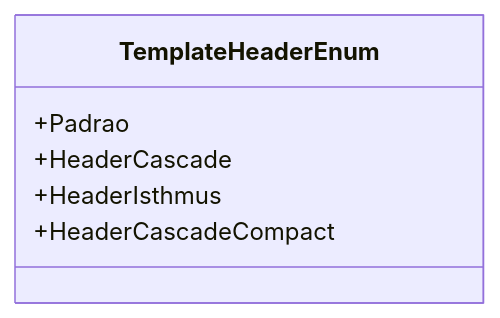
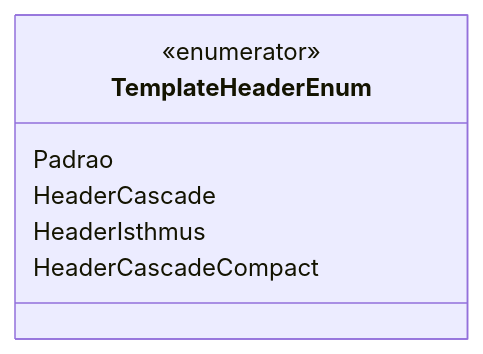
Before and after one commit to IsthmusSistemas/documentacao-tecnica: the diagram in docs/b2b-dominio/IsthmusWinthor.Nucleo/IsthmusWinthor.Dominio/Enumeradores/TemplateHeaderEnum.md, drawn with Mermaid. The commit also changed other lines of this file and 882 other files, not shown here.

````diff
--- a/docs/b2b-dominio/IsthmusWinthor.Nucleo/IsthmusWinthor.Dominio/Enumeradores/TemplateHeaderEnum.md
+++ b/docs/b2b-dominio/IsthmusWinthor.Nucleo/IsthmusWinthor.Dominio/Enumeradores/TemplateHeaderEnum.md
@@ -15,9 +11,10 @@
 ```mermaid
 classDiagram
     class TemplateHeaderEnum {
-        +Padrao
-        +HeaderCascade
-        +HeaderIsthmus
-        +HeaderCascadeCompact
+        <<enumerator>>
+        Padrao
+        HeaderCascade
+        HeaderIsthmus
+        HeaderCascadeCompact
     }
 ```
````
